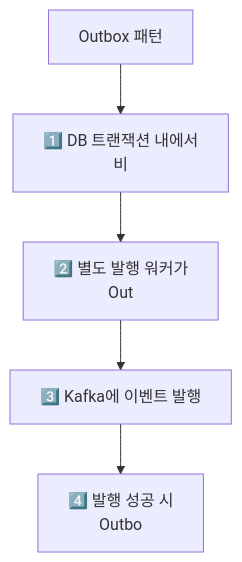
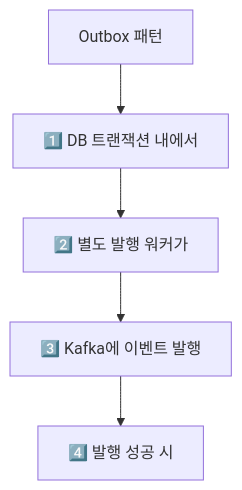
The ninth of 14 diagrams in _posts/architecture/2026-05-02-distributed-transaction-deep.md (yjkim2015/yjkim2015.github.io), drawn with Mermaid before and after one commit. The commit also changed other lines of this file and 217 other files, not shown here.

First line of the commit message:
Mermaid 크기 수정: useMaxWidth:true + SVG max-width:100% + 라벨 축소

````diff
--- a/_posts/architecture/2026-05-02-distributed-transaction-deep.md
+++ b/_posts/architecture/2026-05-02-distributed-transaction-deep.md
@@ -294,8 +294,8 @@
 ```mermaid
 graph TD
     Solution["Outbox 패턴"]
-    Solution --> Step1["1️⃣ DB 트랜잭션 내에서\n비"]
-    Step1 --> Step2["2️⃣ 별도 발행 워커가\nOut"]
+    Solution --> Step1["1️⃣ DB 트랜잭션 내에서"]
+    Step1 --> Step2["2️⃣ 별도 발행 워커가"]
     Step2 --> Step3["3️⃣ Kafka에 이벤트 발행"]
-    Step3 --> Step4["4️⃣ 발행 성공 시\nOutbo"]
+    Step3 --> Step4["4️⃣ 발행 성공 시"]
 ```
````
